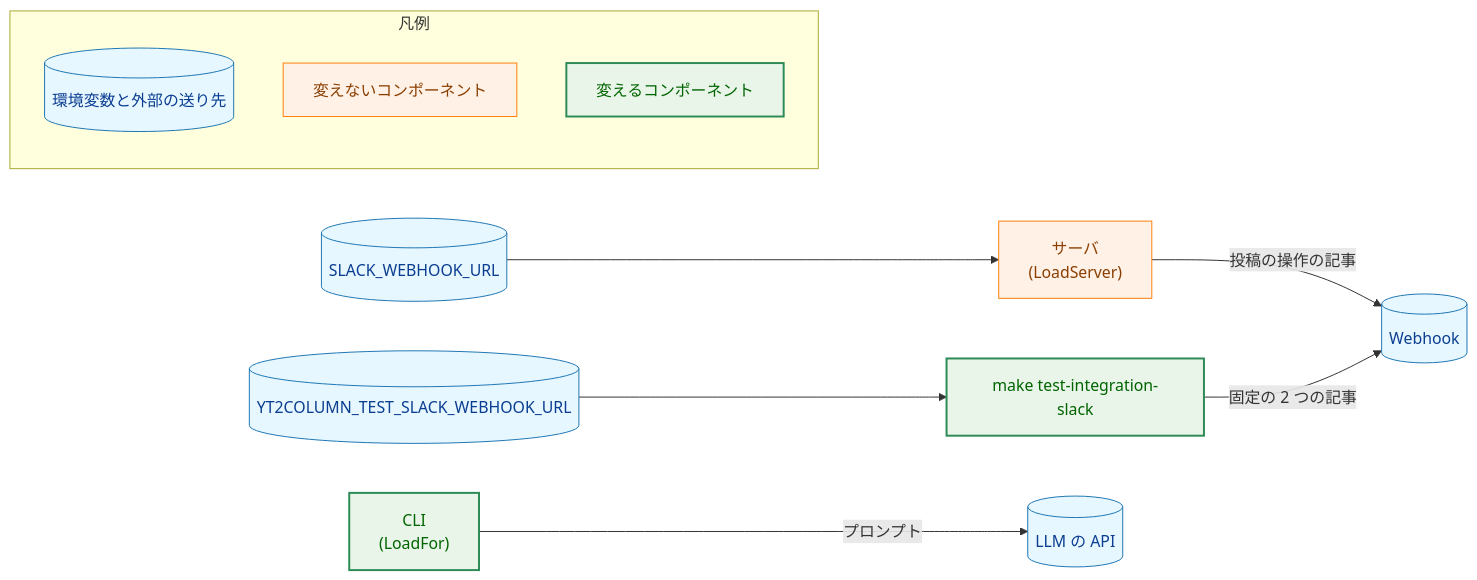
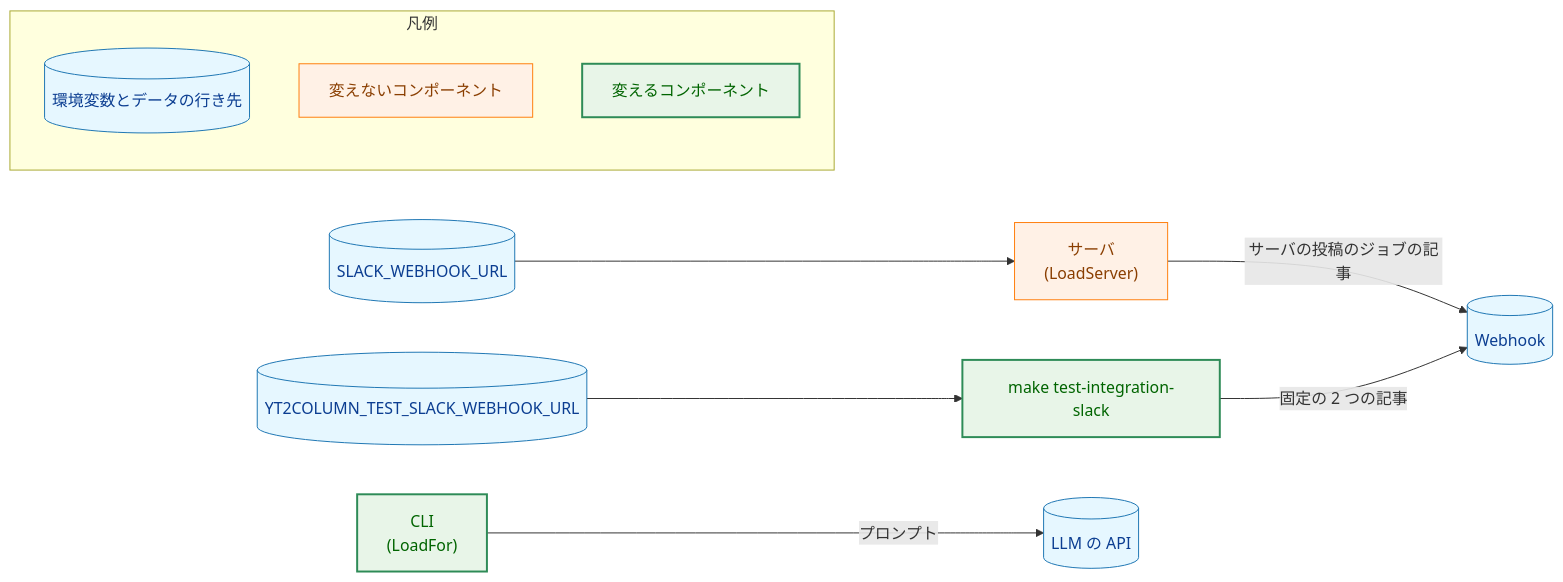
One commit to isseis/yt2column changed the third of 4 diagrams in docs/tasks/0062_remove_cli_slack/02_architecture.md. Above: the diagram before and after it, drawn with Mermaid. The commit also changed other lines of this file, not shown here.

First line of the commit message:
docs(0062): address the architecture review findings

````diff
--- a/docs/tasks/0062_remove_cli_slack/02_architecture.md
+++ b/docs/tasks/0062_remove_cli_slack/02_architecture.md
@@ -261,33 +277,33 @@
 ```mermaid
 flowchart LR
     classDef data fill:#e6f7ff,stroke:#1f77b4,stroke-width:1px,color:#0b3d91;
     classDef process fill:#fff1e6,stroke:#ff7f0e,stroke-width:1px,color:#8a3e00;
     classDef enhanced fill:#e8f5e8,stroke:#2e8b57,stroke-width:2px,color:#006400;
 
     ENV[("SLACK_WEBHOOK_URL")]
     TESTENV[("YT2COLUMN_TEST_SLACK_WEBHOOK_URL")]
     SRV["サーバ<br>(LoadServer)"]
     CLI["CLI<br>(LoadFor)"]
     IT["make test-integration-slack"]
     HOOK[("Webhook")]
     LLM[("LLM の API")]
 
     ENV --> SRV
     TESTENV --> IT
-    SRV -->|"投稿の操作の記事"| HOOK
+    SRV -->|"サーバの投稿のジョブの記事"| HOOK
     IT -->|"固定の 2 つの記事"| HOOK
     CLI -->|"プロンプト"| LLM
 
     class ENV,TESTENV,HOOK,LLM data
     class SRV process
     class CLI,IT enhanced
 
     subgraph Legend["凡例"]
-        L1[("環境変数と外部の送り先")]
+        L1[("環境変数とデータの行き先")]
         L2["変えないコンポーネント"]
         L3["変えるコンポーネント"]
     end
     class L1 data
     class L2 process
     class L3 enhanced
 ```
````
